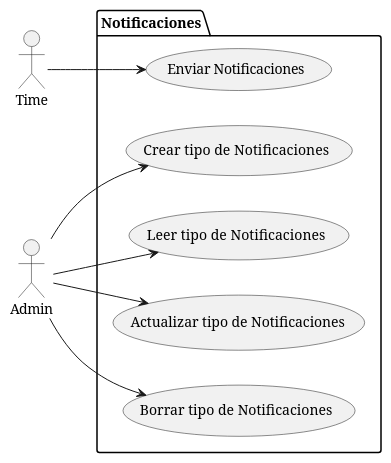
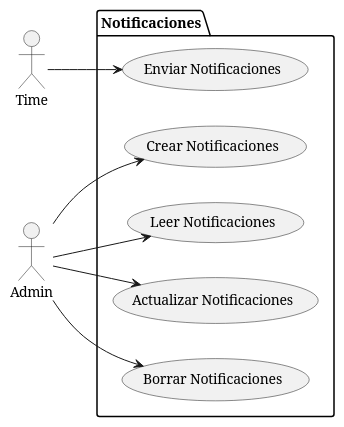
One commit to pablarce/23-24-IdSw1-SDR changed the diagram in CasosDeUso/CasosDeUso/Notificaciones.puml. Above: the diagram before and after it, drawn with PlantUML. The commit also changed 26 other files, not shown here.

```diff
--- a/CasosDeUso/CasosDeUso/Notificaciones.puml
+++ b/CasosDeUso/CasosDeUso/Notificaciones.puml
@@ -1,28 +1,26 @@
 @startuml
 
 left to right direction
 
 actor Time as T
 actor Admin as A
 
 package Notificaciones{
 
    usecase "Enviar Notificaciones" as UC1
 
-   usecase "Crear tipo de  Notificaciones" as UC2
-   usecase "Leer tipo de  Notificaciones" as UC3
-   usecase "Actualizar tipo de  Notificaciones" as UC4
-   usecase "Borrar tipo de  Notificaciones" as UC5
+   usecase "Crear Notificaciones" as UC2
+   usecase "Leer Notificaciones" as UC3
+   usecase "Actualizar Notificaciones" as UC4
+   usecase "Borrar Notificaciones" as UC5
 }
 
 T --> UC1
 
 
 A --> UC2
 A --> UC5
 A --> UC3
 A --> UC4
 
-
-
 @enduml
```
